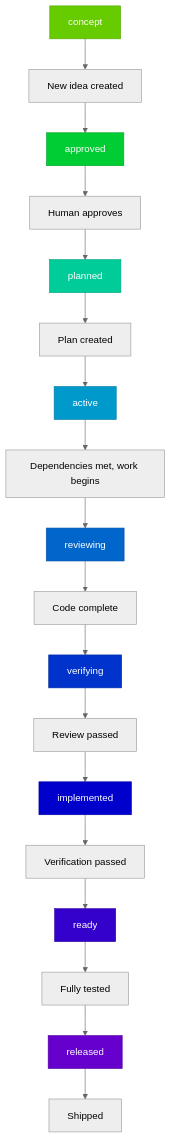
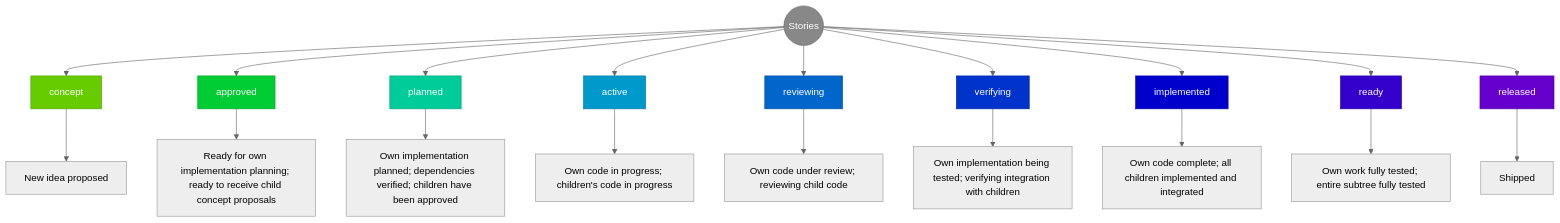
Before and after one commit to Mharbulous/StoryTree: the first of 12 diagrams in claude/skills/story-tree/references/workflow-diagrams.md, drawn with Mermaid (neutral theme). The commit also changed other lines of this file, not shown here.

First line of the commit message:
docs: restructure workflow-diagrams to consistent flowchart format

````diff
--- a/claude/skills/story-tree/references/workflow-diagrams.md
+++ b/claude/skills/story-tree/references/workflow-diagrams.md
@@ -56,59 +56,63 @@
 ```mermaid
 flowchart TB
+    root((Stories))
+
     concept[concept]
-    concept_desc[New idea created]
+    concept_desc[New idea proposed]
 
     approved[approved]
-    approved_desc[Human approves]
+    approved_desc[Ready for own implementation planning; ready to receive child concept proposals]
 
     planned[planned]
-    planned_desc[Plan created]
+    planned_desc[Own implementation planned; dependencies verified; children have been approved]
 
     active[active]
-    active_desc[Dependencies met, work begins]
+    active_desc[Own code in progress; children's code in progress]
 
     reviewing[reviewing]
-    reviewing_desc[Code complete]
+    reviewing_desc[Own code under review; reviewing child code]
 
     verifying[verifying]
-    verifying_desc[Review passed]
+    verifying_desc[Own implementation being tested; verifying integration with children]
 
     implemented[implemented]
-    implemented_desc[Verification passed]
+    implemented_desc[Own code complete; all children implemented and integrated]
 
     ready[ready]
-    ready_desc[Fully tested]
+    ready_desc[Own work fully tested; entire subtree fully tested]
 
     released[released]
     released_desc[Shipped]
 
-    concept --> concept_desc --> approved
-    approved --> approved_desc --> planned
-    planned --> planned_desc --> active
-    active --> active_desc --> reviewing
-    reviewing --> reviewing_desc --> verifying
-    verifying --> verifying_desc --> implemented
-    implemented --> implemented_desc --> ready
-    ready --> ready_desc --> released
-    released --> released_desc
+    root --> concept --> concept_desc
+    root --> approved --> approved_desc
+    root --> planned --> planned_desc
+    root --> active --> active_desc
+    root --> reviewing --> reviewing_desc
+    root --> verifying --> verifying_desc
+    root --> implemented --> implemented_desc
+    root --> ready --> ready_desc
+    root --> released --> released_desc
 
+    classDef rootStyle fill:#888888,stroke:#666,color:#fff
     classDef conceptStyle fill:#66CC00,stroke:#52A300,color:#fff
     classDef approvedStyle fill:#00CC33,stroke:#00A329,color:#fff
     classDef plannedStyle fill:#00CC99,stroke:#00A37A,color:#fff
     classDef activeStyle fill:#0099CC,stroke:#007AA3,color:#fff
     classDef reviewingStyle fill:#0066CC,stroke:#0052A3,color:#fff
     classDef verifyingStyle fill:#0033CC,stroke:#0029A3,color:#fff
     classDef implementedStyle fill:#0000CC,stroke:#0000A3,color:#fff
     classDef readyStyle fill:#3300CC,stroke:#2900A3,color:#fff
     classDef releasedStyle fill:#6600CC,stroke:#5200A3,color:#fff
 
+    class root rootStyle
     class concept conceptStyle
     class approved approvedStyle
     class planned plannedStyle
     class active activeStyle
     class reviewing reviewingStyle
     class verifying verifyingStyle
     class implemented implementedStyle
     class ready readyStyle
     class released releasedStyle
 ```
````
